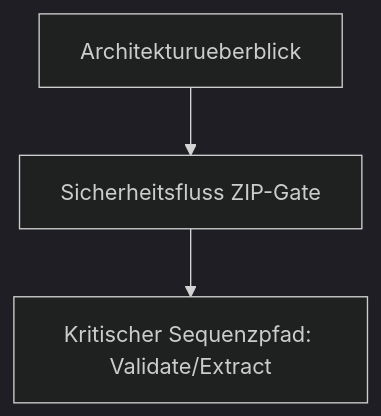
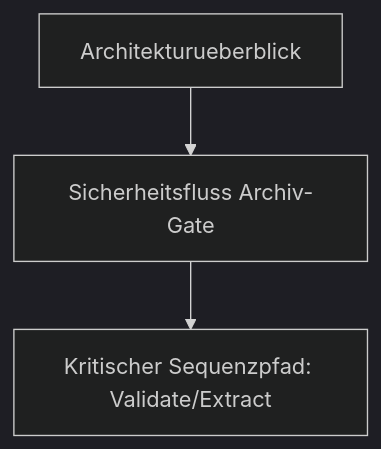
The second of 3 diagrams in src/FileTypeDetection/README.md (tomtastisch/FileClassifier), drawn with Mermaid (dark theme) before and after one commit. The commit also changed other lines of this file and 32 other files, not shown here.

````diff
--- a/src/FileTypeDetection/README.md
+++ b/src/FileTypeDetection/README.md
@@ -77,5 +77,5 @@
 ```mermaid
 flowchart TD
-    A[Architekturueberblick] --> B[Sicherheitsfluss ZIP-Gate]
+    A[Architekturueberblick] --> B[Sicherheitsfluss Archiv-Gate]
     B --> C[Kritischer Sequenzpfad: Validate/Extract]
 ```
````
